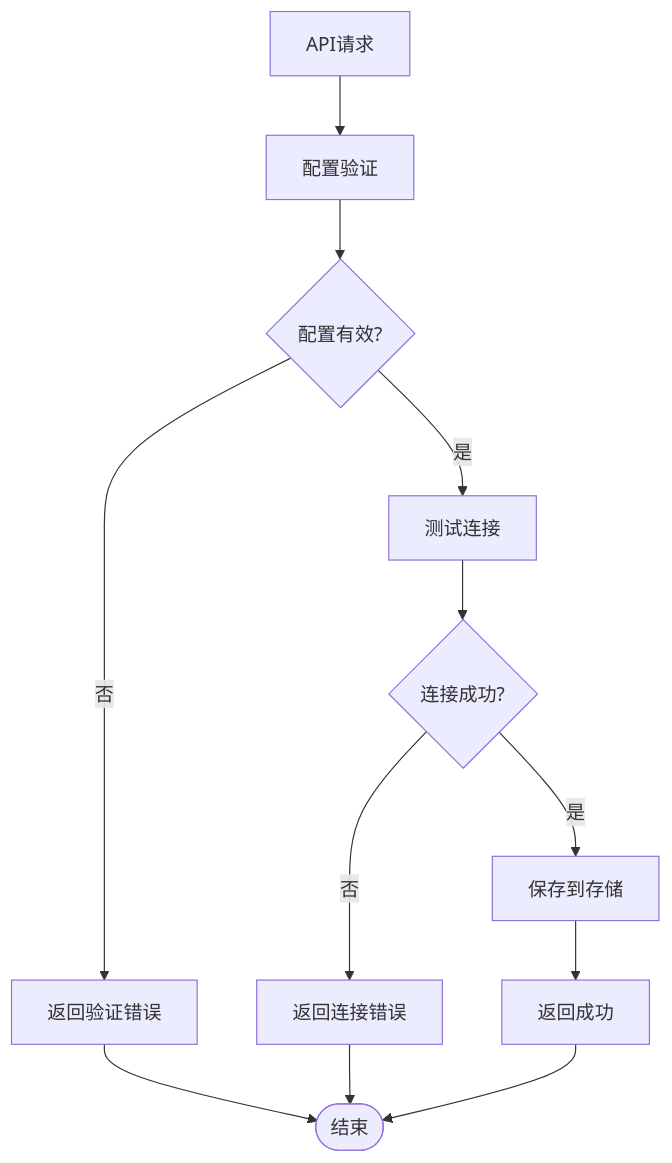
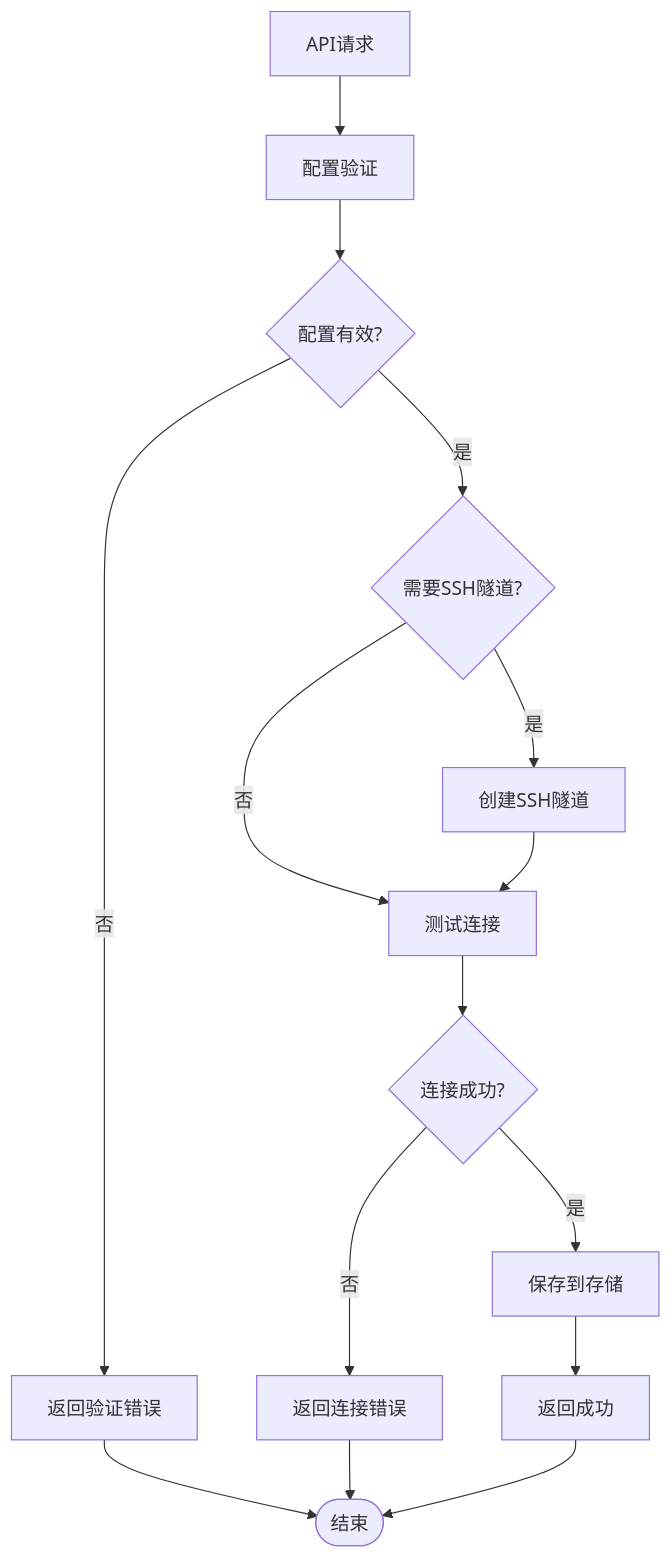
Diagram 11 of 13 in .qoder/repowiki/zh/content/架构设计/组件系统架构/工具组件/连接弹窗组件.md (wwenbo2048/nexsql), drawn with Mermaid before and after one commit. The commit also changed other lines of this file and 19 other files, not shown here.

````diff
--- a/.qoder/repowiki/zh/content/架构设计/组件系统架构/工具组件/连接弹窗组件.md
+++ b/.qoder/repowiki/zh/content/架构设计/组件系统架构/工具组件/连接弹窗组件.md
@@ -391,14 +497,17 @@
 ```mermaid
 flowchart TD
 APIRequest[API请求] --> ValidateConfig[配置验证]
 ValidateConfig --> ConfigValid{配置有效?}
 ConfigValid --> |否| ReturnValidationError[返回验证错误]
-ConfigValid --> |是| TestConnection[测试连接]
+ConfigValid --> |是| CheckSSH{需要SSH隧道?}
+CheckSSH --> |是| CreateSSH[创建SSH隧道]
+CheckSSH --> |否| TestConnection[测试连接]
+CreateSSH --> TestConnection
 TestConnection --> ConnectSuccess{连接成功?}
 ConnectSuccess --> |否| ReturnConnectionError[返回连接错误]
 ConnectSuccess --> |是| SaveToStore[保存到存储]
 SaveToStore --> ReturnSuccess[返回成功]
 ReturnValidationError --> End([结束])
 ReturnConnectionError --> End
 ReturnSuccess --> End
 ```
````
